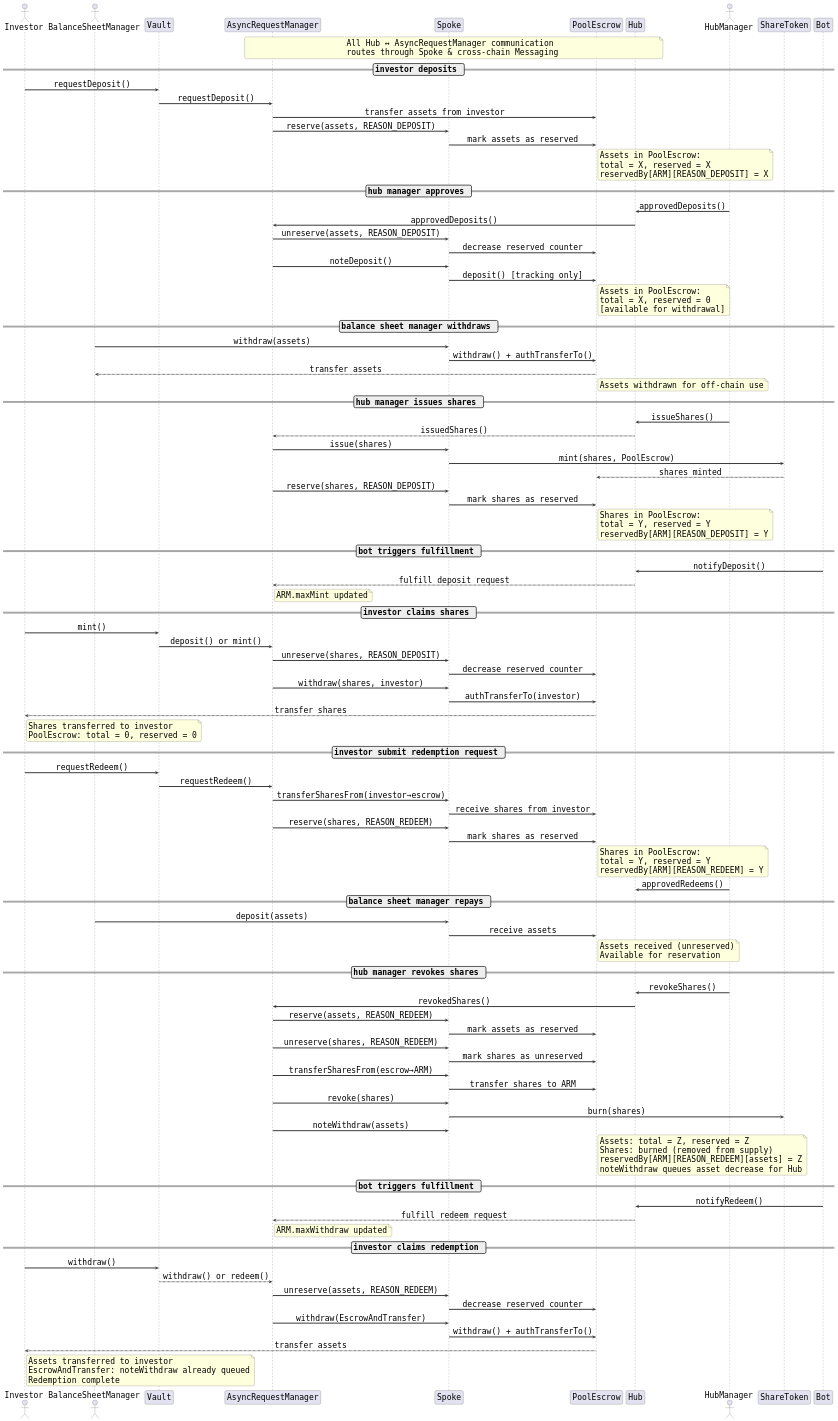
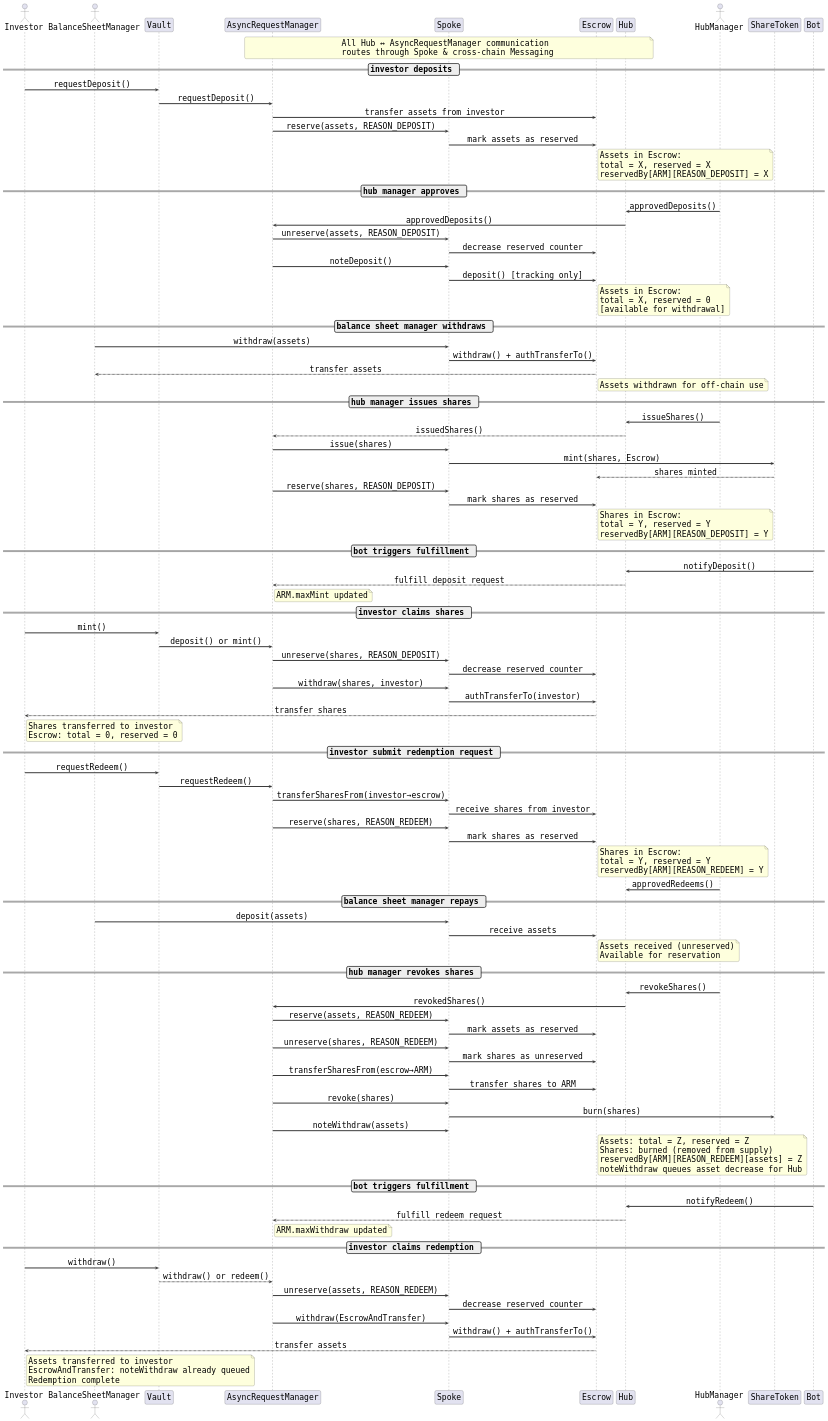
One commit to centrifuge/protocol changed the diagram in docs/architecture/vaults/flow-of-funds.puml. Above: the diagram before and after it, drawn with PlantUML. The commit also changed 163 other files, not shown here.

```diff
--- a/docs/architecture/vaults/flow-of-funds.puml
+++ b/docs/architecture/vaults/flow-of-funds.puml
@@ -1,185 +1,185 @@
 @startuml
 skinparam sequenceArrowThickness 3
 skinparam backgroundColor white
 skinparam sequenceMessageAlign center
 skinparam maxMessageSize 500
 skinparam roundcorner 10
 skinparam shadowing false
 skinparam defaultFontName "Monospaced"
 skinparam defaultFontSize 25
 
 skinparam sequence {
     ArrowColor #333333
     BoxBorderColor #999999
     BoxBackgroundColor #F9F9F9
     GroupBorderColor #AAAAAA
     GroupBackgroundColor #EEEEEE
 }
 
 actor Investor
 actor BalanceSheetManager
 participant Vault
 participant AsyncRequestManager as ARM
 participant Spoke
-participant PoolEscrow
+participant Escrow
 participant Hub
 actor HubManager
 
 note over Hub, ARM
     All Hub ↔ AsyncRequestManager communication
     routes through Spoke & cross-chain Messaging
 end note
 
 == investor deposits ==
 
 Investor -> Vault : requestDeposit()
 Vault -> ARM : requestDeposit()
-ARM -> PoolEscrow : transfer assets from investor
+ARM -> Escrow : transfer assets from investor
 ARM -> Spoke : reserve(assets, REASON_DEPOSIT)
-Spoke -> PoolEscrow : mark assets as reserved
+Spoke -> Escrow : mark assets as reserved
 
-note right of PoolEscrow
-    Assets in PoolEscrow:
+note right of Escrow
+    Assets in Escrow:
     total = X, reserved = X
     reservedBy[ARM][REASON_DEPOSIT] = X
 end note
 
 == hub manager approves ==
 
 HubManager -> Hub : approvedDeposits()
 Hub -> ARM : approvedDeposits()
 ARM -> Spoke : unreserve(assets, REASON_DEPOSIT)
-Spoke -> PoolEscrow : decrease reserved counter
+Spoke -> Escrow : decrease reserved counter
 ARM -> Spoke : noteDeposit()
-Spoke -> PoolEscrow : deposit() [tracking only]
+Spoke -> Escrow : deposit() [tracking only]
 
-note right of PoolEscrow
-    Assets in PoolEscrow:
+note right of Escrow
+    Assets in Escrow:
     total = X, reserved = 0
     [available for withdrawal]
 end note
 
 == balance sheet manager withdraws ==
 
 BalanceSheetManager -> Spoke : withdraw(assets)
-Spoke -> PoolEscrow : withdraw() + authTransferTo()
-PoolEscrow --> BalanceSheetManager : transfer assets
+Spoke -> Escrow : withdraw() + authTransferTo()
+Escrow --> BalanceSheetManager : transfer assets
 
-note right of PoolEscrow
+note right of Escrow
     Assets withdrawn for off-chain use
 end note
 
 == hub manager issues shares ==
 
 HubManager -> Hub : issueShares()
 Hub --> ARM : issuedShares()
 ARM -> Spoke : issue(shares)
-Spoke -> ShareToken : mint(shares, PoolEscrow)
-ShareToken --> PoolEscrow : shares minted
+Spoke -> ShareToken : mint(shares, Escrow)
+ShareToken --> Escrow : shares minted
 ARM -> Spoke : reserve(shares, REASON_DEPOSIT)
-Spoke -> PoolEscrow : mark shares as reserved
+Spoke -> Escrow : mark shares as reserved
 
-note right of PoolEscrow
-    Shares in PoolEscrow:
+note right of Escrow
+    Shares in Escrow:
     total = Y, reserved = Y
     reservedBy[ARM][REASON_DEPOSIT] = Y
 end note
 
 == bot triggers fulfillment ==
 
 Bot -> Hub : notifyDeposit()
 Hub --> ARM : fulfill deposit request
 
 note right of ARM
     ARM.maxMint updated
 end note
 
 == investor claims shares ==
 
 Investor -> Vault : mint()
 Vault -> ARM : deposit() or mint()
 ARM -> Spoke : unreserve(shares, REASON_DEPOSIT)
-Spoke -> PoolEscrow : decrease reserved counter
+Spoke -> Escrow : decrease reserved counter
 ARM -> Spoke : withdraw(shares, investor)
-Spoke -> PoolEscrow : authTransferTo(investor)
-PoolEscrow --> Investor : transfer shares
+Spoke -> Escrow : authTransferTo(investor)
+Escrow --> Investor : transfer shares
 
 note right of Investor
     Shares transferred to investor
-    PoolEscrow: total = 0, reserved = 0
+    Escrow: total = 0, reserved = 0
 end note
 
 == investor submit redemption request ==
 
 Investor -> Vault : requestRedeem()
 Vault -> ARM : requestRedeem()
 ARM -> Spoke : transferSharesFrom(investor→escrow)
-Spoke -> PoolEscrow : receive shares from investor
+Spoke -> Escrow : receive shares from investor
 ARM -> Spoke : reserve(shares, REASON_REDEEM)
-Spoke -> PoolEscrow : mark shares as reserved
+Spoke -> Escrow : mark shares as reserved
 
-note right of PoolEscrow
-    Shares in PoolEscrow:
+note right of Escrow
+    Shares in Escrow:
     total = Y, reserved = Y
     reservedBy[ARM][REASON_REDEEM] = Y
 end note
 
 HubManager -> Hub : approvedRedeems()
 
 == balance sheet manager repays ==
 
 BalanceSheetManager -> Spoke : deposit(assets)
-Spoke -> PoolEscrow : receive assets
+Spoke -> Escrow : receive assets
 
-note right of PoolEscrow
+note right of Escrow
     Assets received (unreserved)
     Available for reservation
 end note
 
 == hub manager revokes shares ==
 
 HubManager -> Hub : revokeShares()
 Hub -> ARM : revokedShares()
 ARM -> Spoke : reserve(assets, REASON_REDEEM)
-Spoke -> PoolEscrow : mark assets as reserved
+Spoke -> Escrow : mark assets as reserved
 ARM -> Spoke : unreserve(shares, REASON_REDEEM)
-Spoke -> PoolEscrow : mark shares as unreserved
+Spoke -> Escrow : mark shares as unreserved
 ARM -> Spoke : transferSharesFrom(escrow→ARM)
-Spoke -> PoolEscrow : transfer shares to ARM
+Spoke -> Escrow : transfer shares to ARM
 ARM -> Spoke : revoke(shares)
 Spoke -> ShareToken : burn(shares)
 ARM -> Spoke : noteWithdraw(assets)
 
-note right of PoolEscrow
+note right of Escrow
     Assets: total = Z, reserved = Z
     Shares: burned (removed from supply)
     reservedBy[ARM][REASON_REDEEM][assets] = Z
     noteWithdraw queues asset decrease for Hub
 end note
 
 == bot triggers fulfillment ==
 
 Bot -> Hub : notifyRedeem()
 Hub --> ARM : fulfill redeem request
 
 note right of ARM
     ARM.maxWithdraw updated
 end note
 
 == investor claims redemption ==
 
 Investor -> Vault : withdraw()
 Vault --> ARM : withdraw() or redeem()
 ARM -> Spoke : unreserve(assets, REASON_REDEEM)
-Spoke -> PoolEscrow : decrease reserved counter
+Spoke -> Escrow : decrease reserved counter
 ARM -> Spoke : withdraw(EscrowAndTransfer)
-Spoke -> PoolEscrow : withdraw() + authTransferTo()
-PoolEscrow --> Investor : transfer assets
+Spoke -> Escrow : withdraw() + authTransferTo()
+Escrow --> Investor : transfer assets
 
 note right of Investor
     Assets transferred to investor
     EscrowAndTransfer: noteWithdraw already queued
     Redemption complete
 end note
 
 @enduml
```
